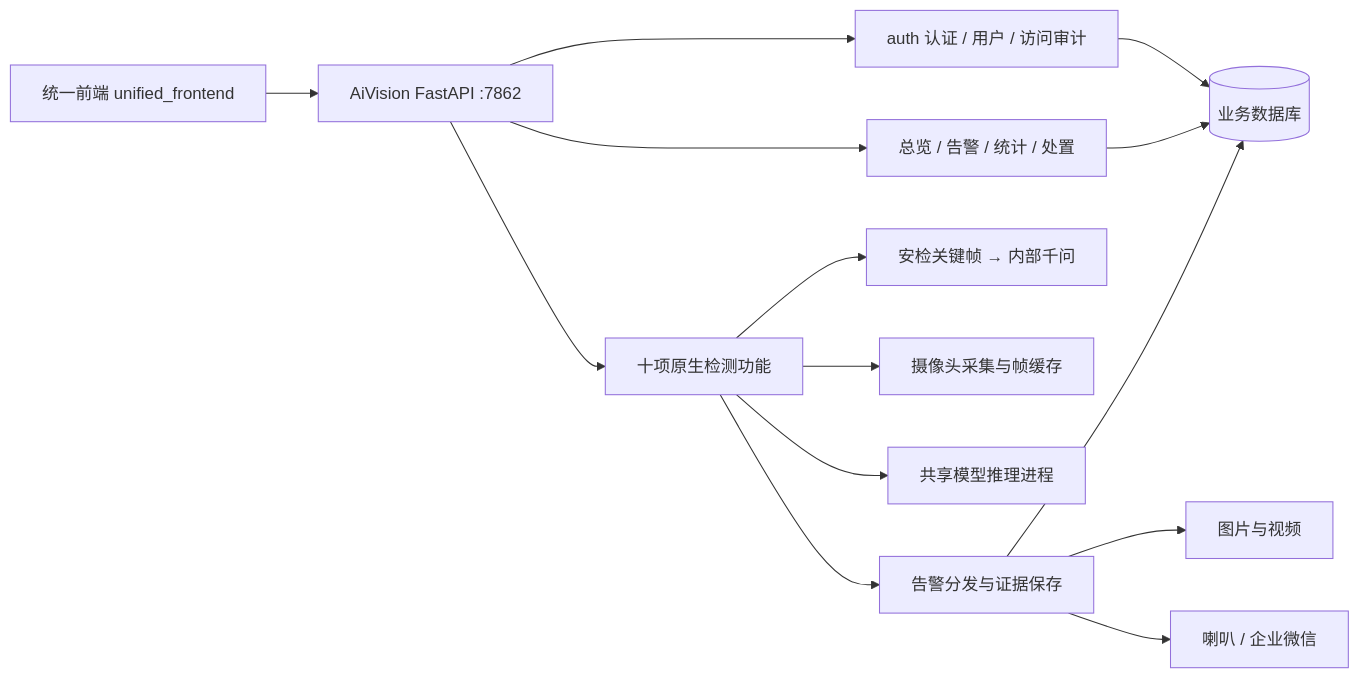
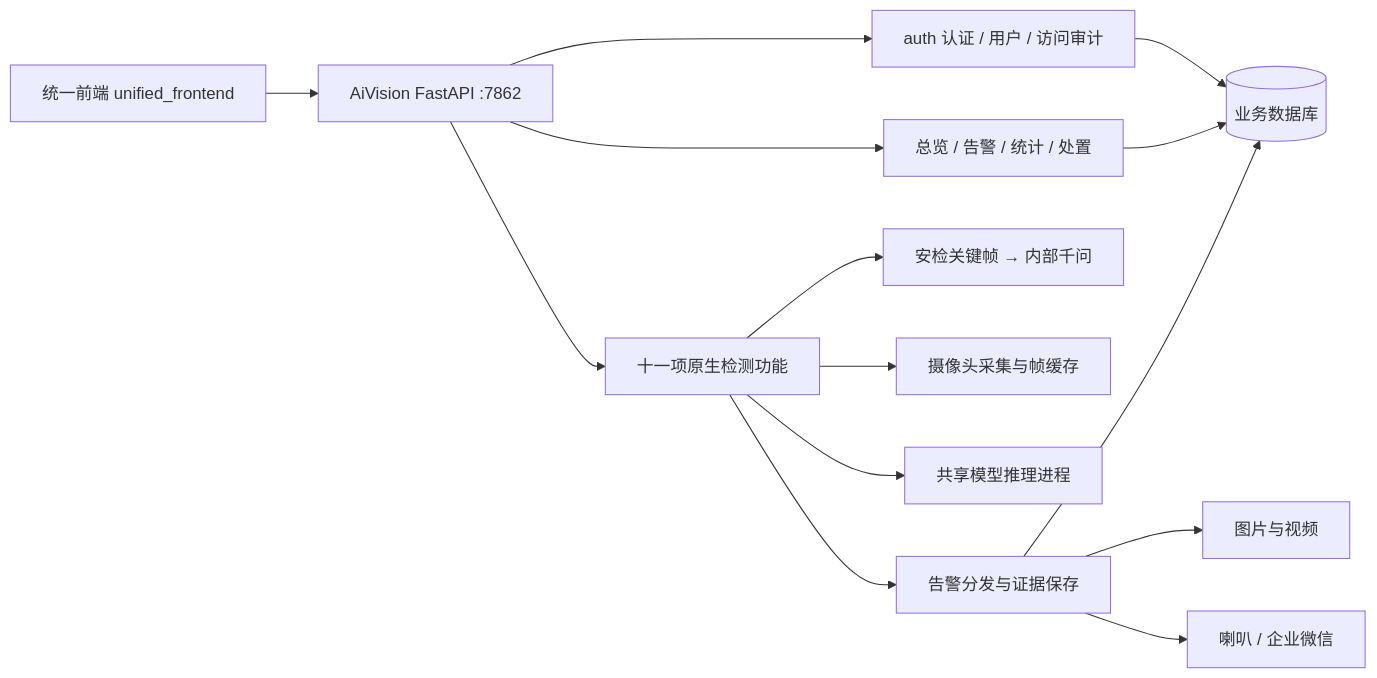
The first of 3 diagrams in AiVision/README.md (asmellperson/CVproject1), drawn with Mermaid before and after one commit. The commit also changed other lines of this file and 31 other files, not shown here.

````diff
--- a/AiVision/README.md
+++ b/AiVision/README.md
@@ -29,16 +29,16 @@
 ```mermaid
 flowchart LR
     UI[统一前端 unified_frontend] --> API[AiVision FastAPI :7862]
     API --> Auth[auth 认证 / 用户 / 访问审计]
-    API --> Features[十项原生检测功能]
+    API --> Features[十一项原生检测功能]
     API --> Records[总览 / 告警 / 统计 / 处置]
     Auth --> DB
     Records --> DB
     Features --> Qwen[安检关键帧 → 内部千问]
     Features --> Cameras[摄像头采集与帧缓存]
     Features --> Models[共享模型推理进程]
     Features --> Alarms[告警分发与证据保存]
     Alarms --> DB[(业务数据库)]
     Alarms --> Media[图片与视频]
     Alarms --> Notify[喇叭 / 企业微信]
 ```
````
